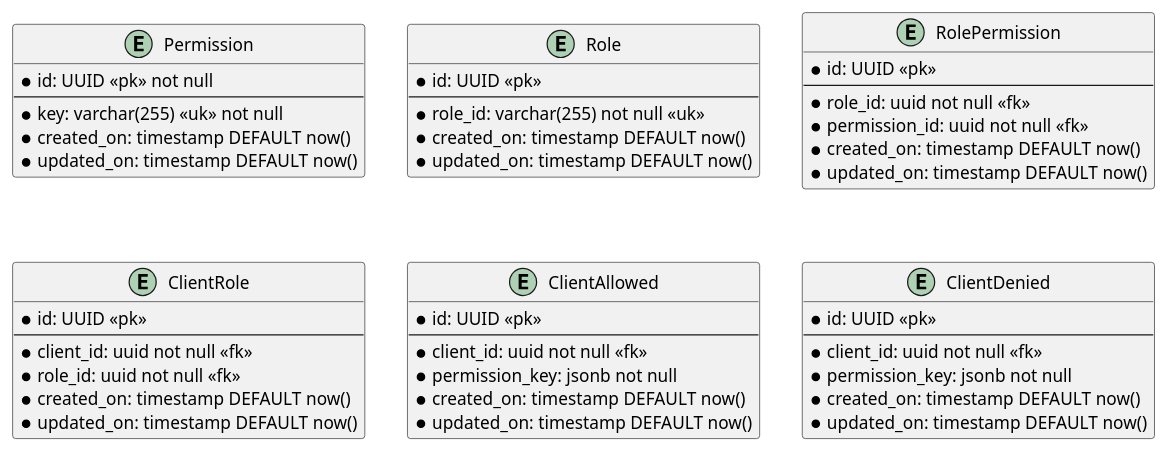
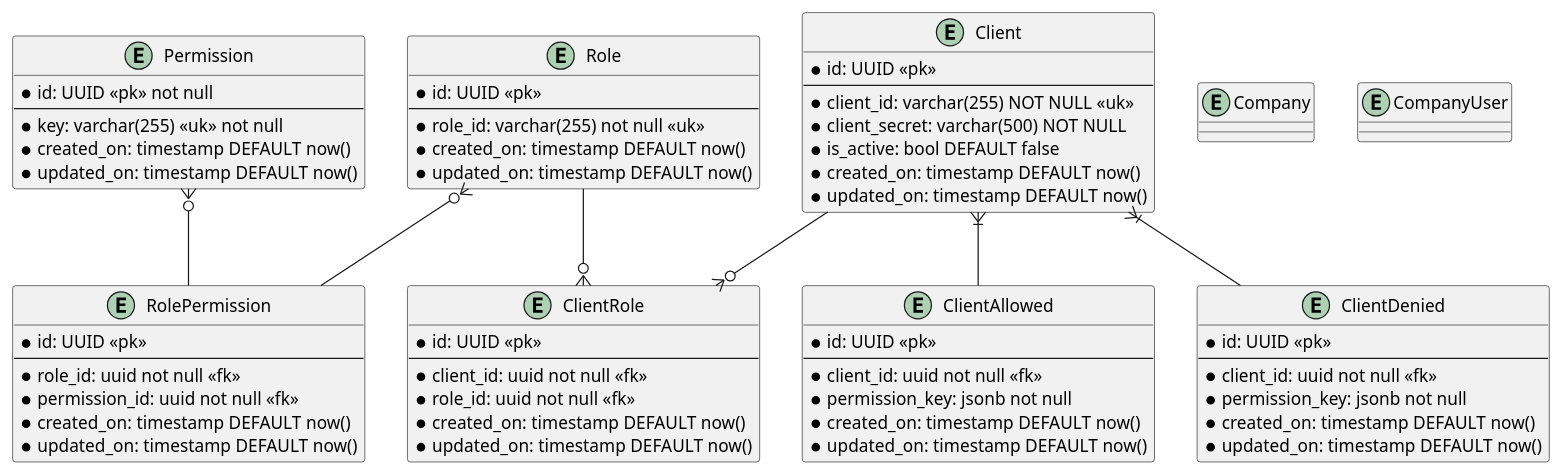
Before and after one commit to naabotoo/project-eneon-api-service: the diagram in documentations/api_client_permissions.wsd, drawn with PlantUML. The commit also changed 1 other file, not shown here.

Commit message:
design for api client permissions and sign up service

```diff
--- a/documentations/api_client_permissions.wsd
+++ b/documentations/api_client_permissions.wsd
@@ -1,54 +1,80 @@
 @startuml "api client permissions"
 
 entity "Permission" as permissions {
     * id: UUID <<pk>> not null
     --
     * key: varchar(255) <<uk>> not null
     * created_on: timestamp DEFAULT now()
     * updated_on: timestamp DEFAULT now()
 }
 
 entity "Role" as roles {
     * id: UUID <<pk>>
     --
     * role_id: varchar(255) not null <<uk>>
     * created_on: timestamp DEFAULT now()
     * updated_on: timestamp DEFAULT now()
 }
 
 entity "RolePermission" as role_permissions {
     * id: UUID <<pk>>
     --
     * role_id: uuid not null <<fk>>
     * permission_id: uuid not null <<fk>>
     * created_on: timestamp DEFAULT now()
     * updated_on: timestamp DEFAULT now()
 }
 
 entity "ClientRole" as client_roles {
     * id: UUID <<pk>>
     --
     * client_id: uuid not null <<fk>>
     * role_id: uuid not null <<fk>>
     * created_on: timestamp DEFAULT now()
     * updated_on: timestamp DEFAULT now()
 }
 
 entity "ClientAllowed" as clients_allowed {
      * id: UUID <<pk>>
     --
     * client_id: uuid not null <<fk>>
     * permission_key: jsonb not null
     * created_on: timestamp DEFAULT now()
     * updated_on: timestamp DEFAULT now()
 }
 
 entity "ClientDenied" as clients_denied {
      * id: UUID <<pk>>
     --
     * client_id: uuid not null <<fk>>
     * permission_key: jsonb not null
     * created_on: timestamp DEFAULT now()
     * updated_on: timestamp DEFAULT now()
 }
+
+entity "Client" as client {
+    * id: UUID <<pk>>
+    --
+    * client_id: varchar(255) NOT NULL <<uk>>
+    * client_secret: varchar(500) NOT NULL
+    * is_active: bool DEFAULT false
+    * created_on: timestamp DEFAULT now()
+    * updated_on: timestamp DEFAULT now()
+ }
+
+ entity "Company" as companies {
+
+ }
+
+ entity "CompanyUser" as company_users {
+    
+ }
+
+ client }|-- clients_denied
+ client }|-- clients_allowed
+ permissions }o-- role_permissions
+ roles }o-- role_permissions
+ client --o{ client_roles
+ roles --o{ client_roles
+
 @enduml
```
